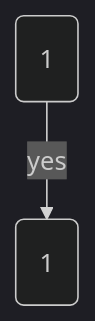
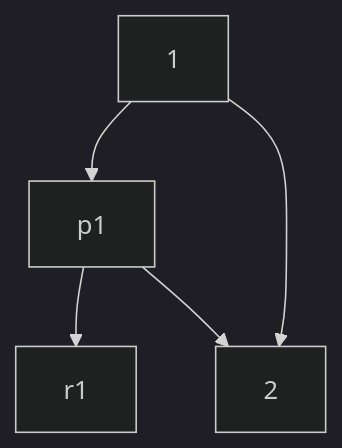
Before and after one commit to bfeitknecht/vault: the diagram in vault/sem2/AuW/UE/cx/bf/cx07-bf.md, drawn with Mermaid (dark theme). The commit also changed other lines of this file, not shown here.

Commit message:
vault backup: 2024-05-03 15:42:24 from MacBook Pro (echo)
Affected files:
vault/sem2/AuW/UE/cx/bf/cx07-bf.md

````diff
--- a/vault/sem2/AuW/UE/cx/bf/cx07-bf.md
+++ b/vault/sem2/AuW/UE/cx/bf/cx07-bf.md
@@ -9,5 +9,8 @@
 ```mermaid
 graph TD;
-id1(1) -- "yes" --> id2(1);
+1 --> p1;
+1 --> 2;
+p1 --> r1;
+p1 --> 2
 
 ```
````
